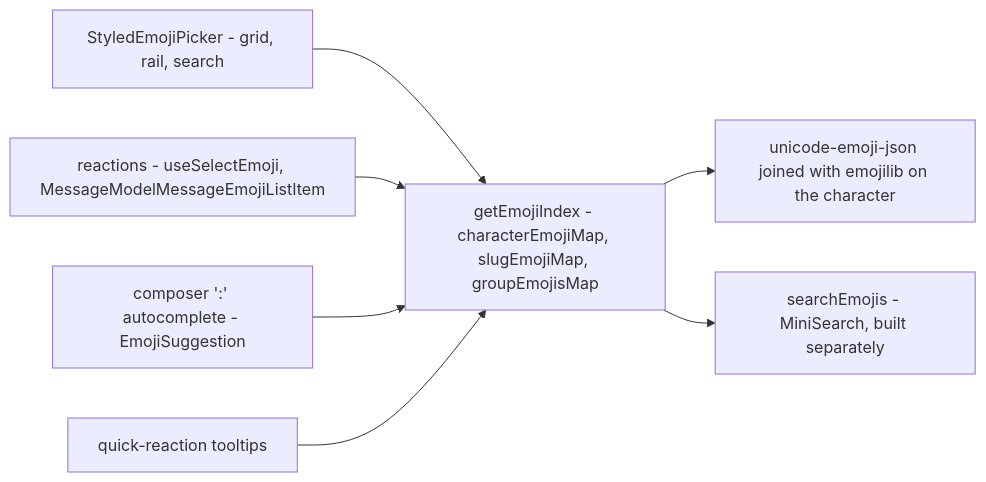
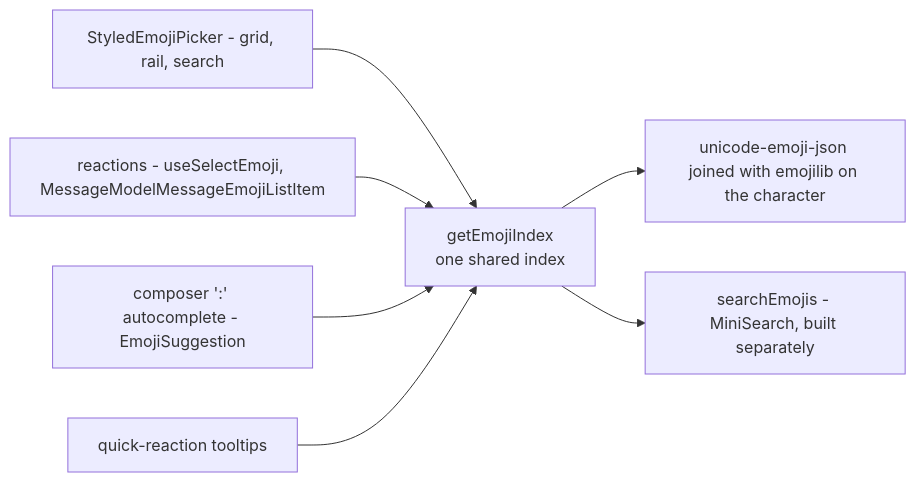
The diagram in openspec/specs/esbabbler/emoji/design.md (Esposter/Esposter), drawn with Mermaid before and after one commit. The commit also changed 4 other files, not shown here.

````diff
--- a/openspec/specs/esbabbler/emoji/design.md
+++ b/openspec/specs/esbabbler/emoji/design.md
@@ -9,9 +9,9 @@
 ```mermaid
 flowchart LR
   Picker["StyledEmojiPicker - grid, rail, search"] --> Index
   React["reactions - useSelectEmoji, MessageModelMessageEmojiListItem"] --> Index
   Composer["composer ':' autocomplete - EmojiSuggestion"] --> Index
   Tooltip["quick-reaction tooltips"] --> Index
-  Index["getEmojiIndex - characterEmojiMap, slugEmojiMap, groupEmojisMap"] --> Data["unicode-emoji-json joined with emojilib on the character"]
+  Index["getEmojiIndex<br/>one shared index"] --> Data["unicode-emoji-json joined with emojilib on the character"]
   Index --> Search["searchEmojis - MiniSearch, built separately"]
 ```
````
